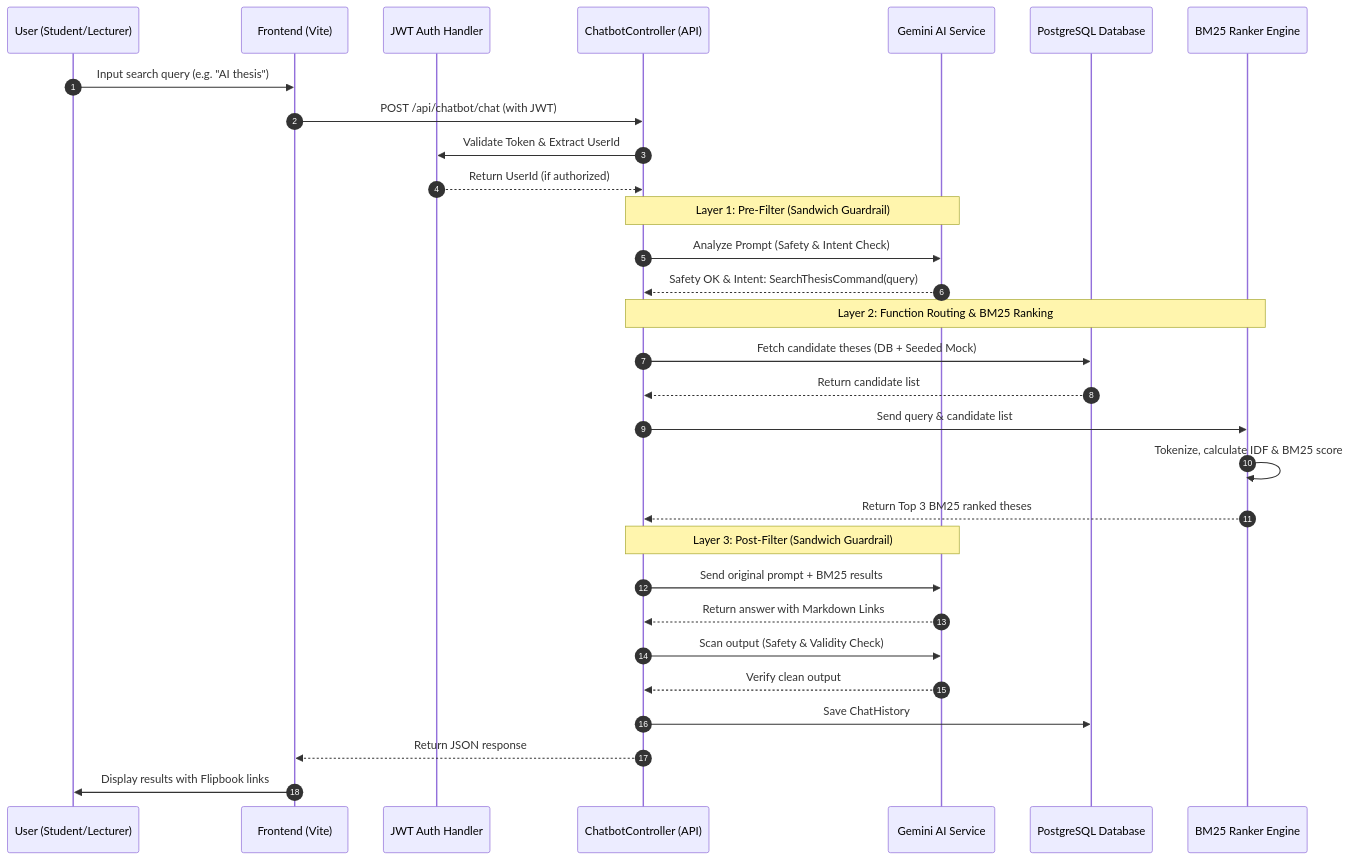
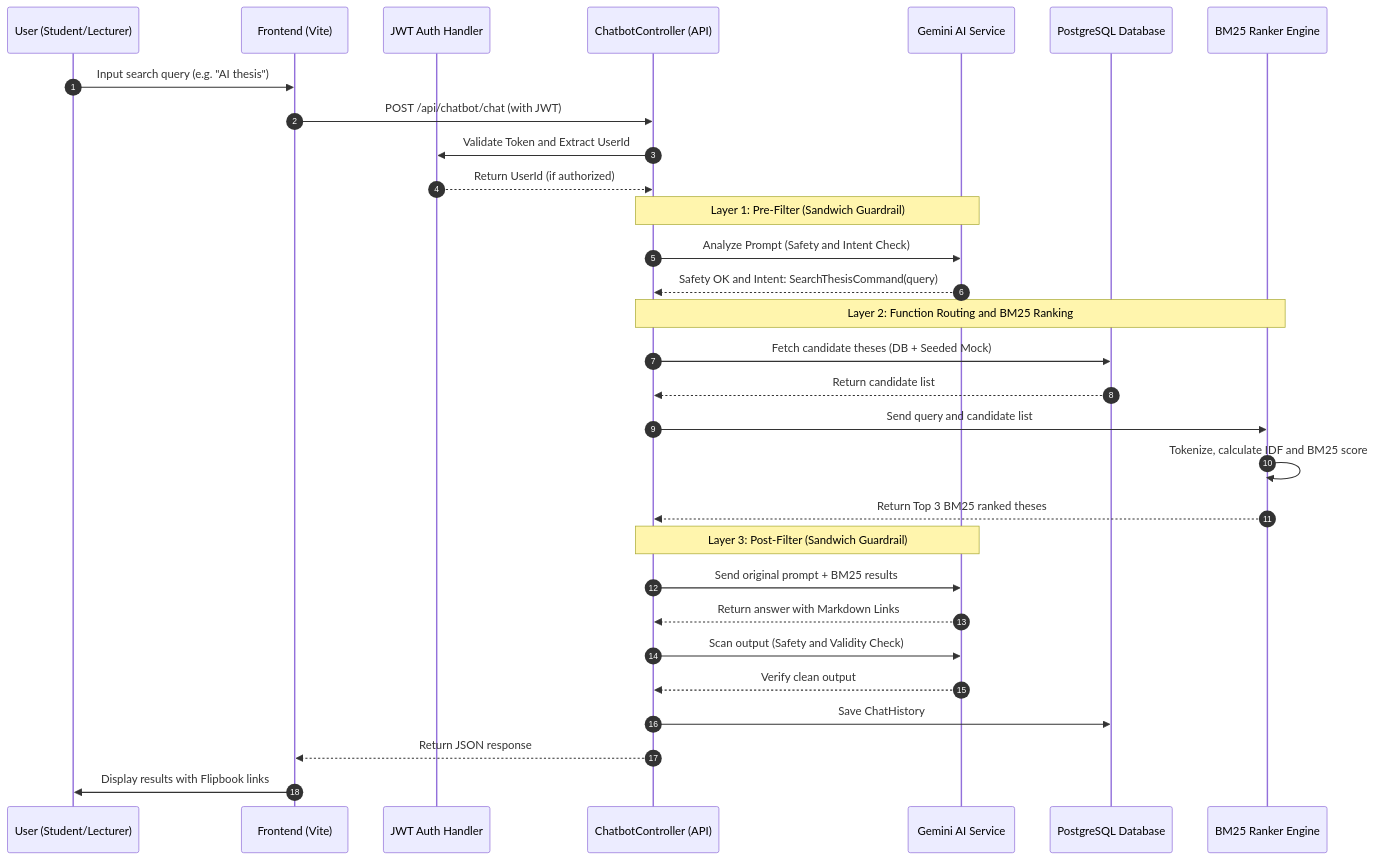
Before and after one commit to phucnguyen2716/Thesis-Management: the fifth of 5 diagrams in README.md, drawn with Mermaid. The commit also changed other lines of this file, not shown here.

Commit message:
docs: clean up ampersands and quotes in architecture and sequence diagrams to ensure XML compliance

````diff
--- a/README.md
+++ b/README.md
@@ -1196,37 +1196,37 @@
 ```mermaid
 sequenceDiagram
     autonumber
     participant User as User (Student/Lecturer)
     participant Client as Frontend (Vite)
     participant Auth as JWT Auth Handler
     participant Controller as ChatbotController (API)
     participant Gemini as Gemini AI Service
     participant DB as PostgreSQL Database
     participant BM25 as BM25 Ranker Engine
 
     User->>Client: Input search query (e.g. "AI thesis")
     Client->>Controller: POST /api/chatbot/chat (with JWT)
-    Controller->>Auth: Validate Token & Extract UserId
+    Controller->>Auth: Validate Token and Extract UserId
     Auth-->>Controller: Return UserId (if authorized)
     
     Note over Controller, Gemini: Layer 1: Pre-Filter (Sandwich Guardrail)
-    Controller->>Gemini: Analyze Prompt (Safety & Intent Check)
-    Gemini-->>Controller: Safety OK & Intent: SearchThesisCommand(query)
+    Controller->>Gemini: Analyze Prompt (Safety and Intent Check)
+    Gemini-->>Controller: Safety OK and Intent: SearchThesisCommand(query)
 
-    Note over Controller, BM25: Layer 2: Function Routing & BM25 Ranking
+    Note over Controller, BM25: Layer 2: Function Routing and BM25 Ranking
     Controller->>DB: Fetch candidate theses (DB + Seeded Mock)
     DB-->>Controller: Return candidate list
-    Controller->>BM25: Send query & candidate list
-    BM25->>BM25: Tokenize, calculate IDF & BM25 score
+    Controller->>BM25: Send query and candidate list
+    BM25->>BM25: Tokenize, calculate IDF and BM25 score
     BM25-->>Controller: Return Top 3 BM25 ranked theses
 
     Note over Controller, Gemini: Layer 3: Post-Filter (Sandwich Guardrail)
     Controller->>Gemini: Send original prompt + BM25 results
     Gemini-->>Controller: Return answer with Markdown Links
-    Controller->>Gemini: Scan output (Safety & Validity Check)
+    Controller->>Gemini: Scan output (Safety and Validity Check)
     Gemini-->>Controller: Verify clean output
 
     Controller->>DB: Save ChatHistory
     Controller-->>Client: Return JSON response
     Client->>User: Display results with Flipbook links
 ```
````
